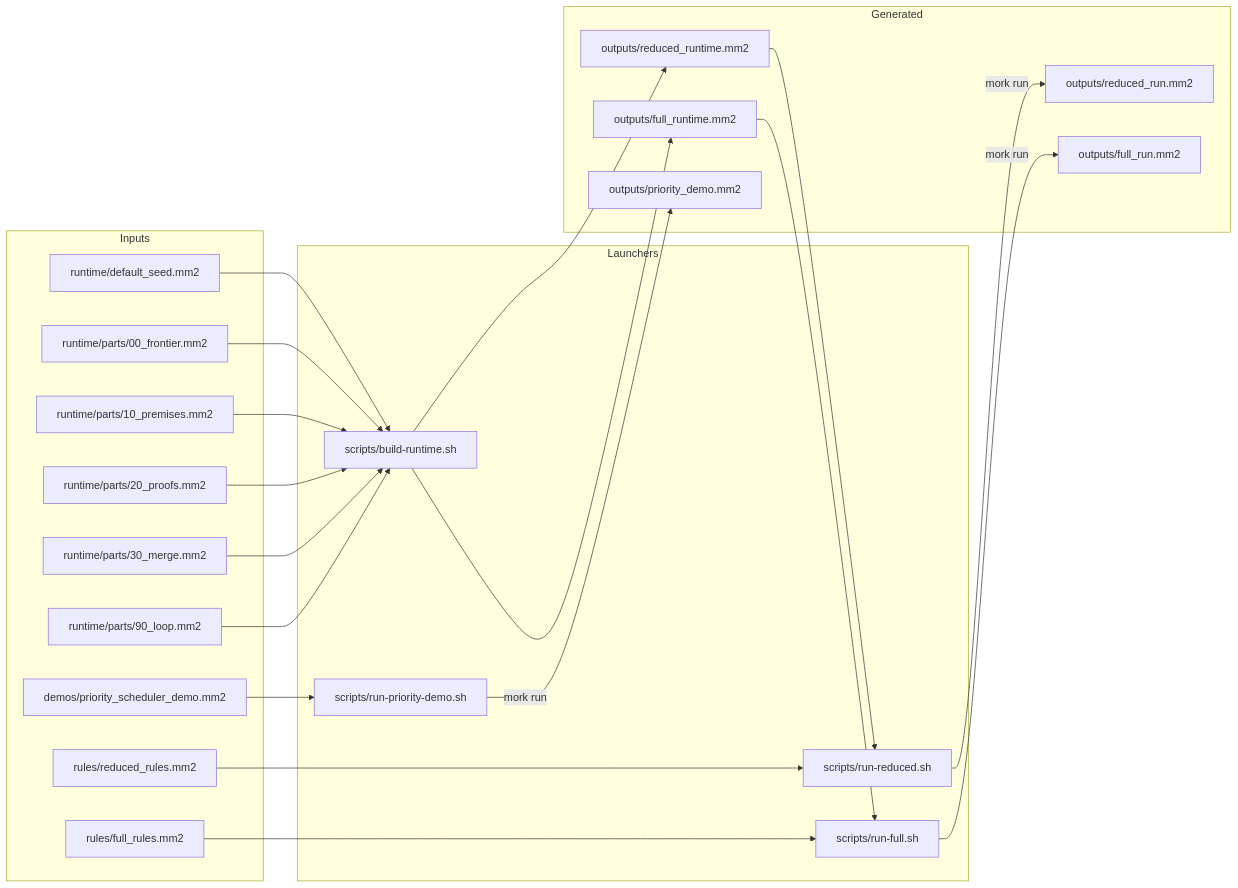
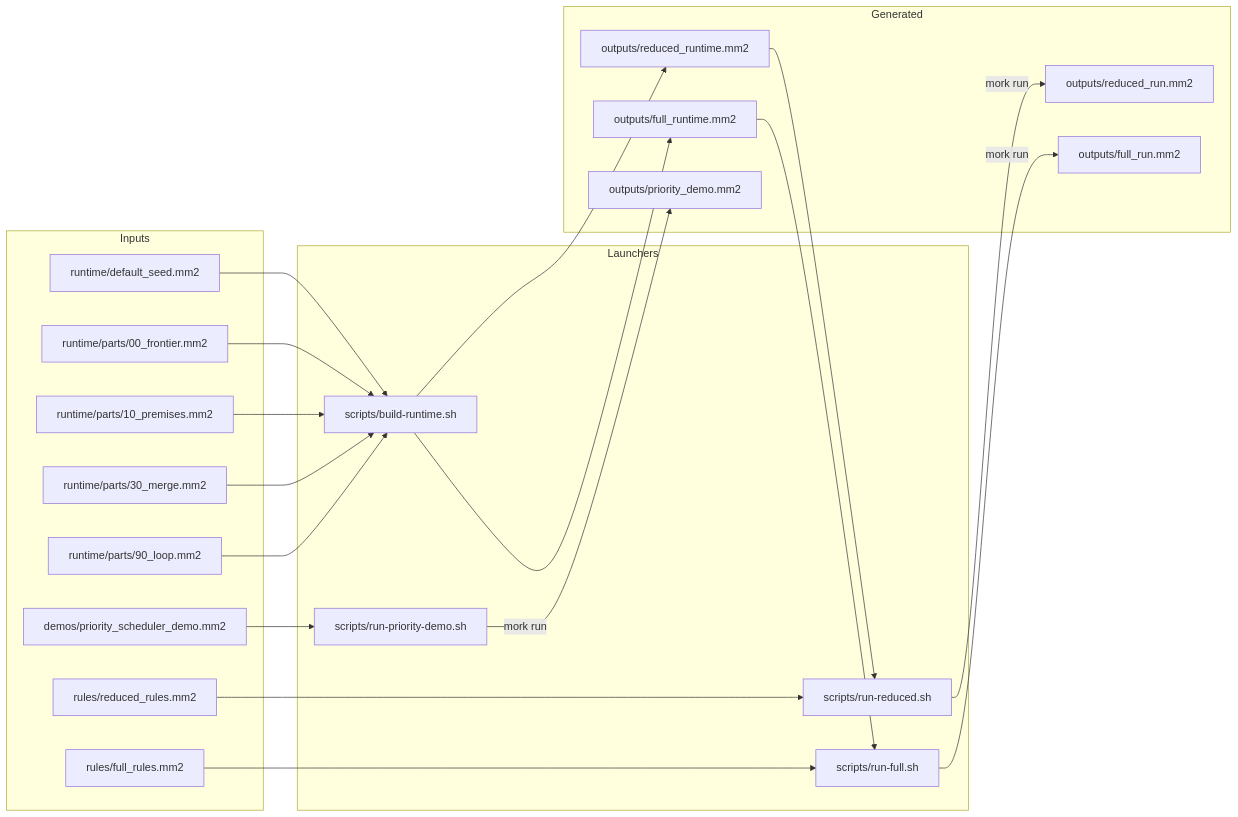
The first of 2 diagrams in docs/runtime-diagram.md (rTreutlein/mm2-chainer), drawn with Mermaid before and after one commit. The commit also changed other lines of this file and 6 other files, not shown here.

````diff
--- a/docs/runtime-diagram.md
+++ b/docs/runtime-diagram.md
@@ -10,49 +10,47 @@
 ```mermaid
 flowchart LR
     subgraph Inputs
         Seed[runtime/default_seed.mm2]
         Frontier[runtime/parts/00_frontier.mm2]
         Premises[runtime/parts/10_premises.mm2]
-        Proofs[runtime/parts/20_proofs.mm2]
         Merge[runtime/parts/30_merge.mm2]
         Loop[runtime/parts/90_loop.mm2]
         ReducedRules[rules/reduced_rules.mm2]
         FullRules[rules/full_rules.mm2]
         Demo[demos/priority_scheduler_demo.mm2]
     end
 
     subgraph Launchers
         BuildRuntime[scripts/build-runtime.sh]
         RunReduced[scripts/run-reduced.sh]
         RunFull[scripts/run-full.sh]
         RunDemo[scripts/run-priority-demo.sh]
     end
 
     subgraph Generated
         ReducedRuntime[outputs/reduced_runtime.mm2]
         FullRuntime[outputs/full_runtime.mm2]
         ReducedOut[outputs/reduced_run.mm2]
         FullOut[outputs/full_run.mm2]
         DemoOut[outputs/priority_demo.mm2]
     end
 
     Seed --> BuildRuntime
     Frontier --> BuildRuntime
     Premises --> BuildRuntime
-    Proofs --> BuildRuntime
     Merge --> BuildRuntime
     Loop --> BuildRuntime
     BuildRuntime --> ReducedRuntime
     BuildRuntime --> FullRuntime
 
     ReducedRules --> RunReduced
     ReducedRuntime --> RunReduced
     RunReduced -->|mork run| ReducedOut
 
     FullRules --> RunFull
     FullRuntime --> RunFull
     RunFull -->|mork run| FullOut
 
     Demo --> RunDemo
     RunDemo -->|mork run| DemoOut
 ```
````
